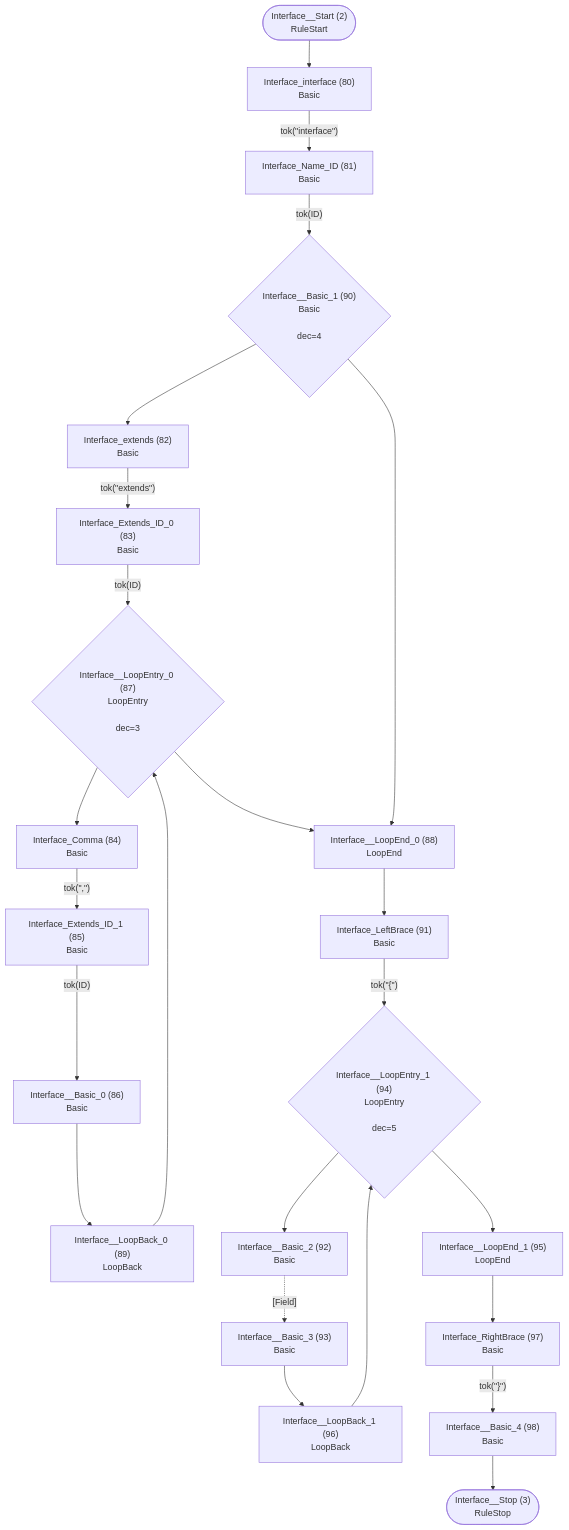
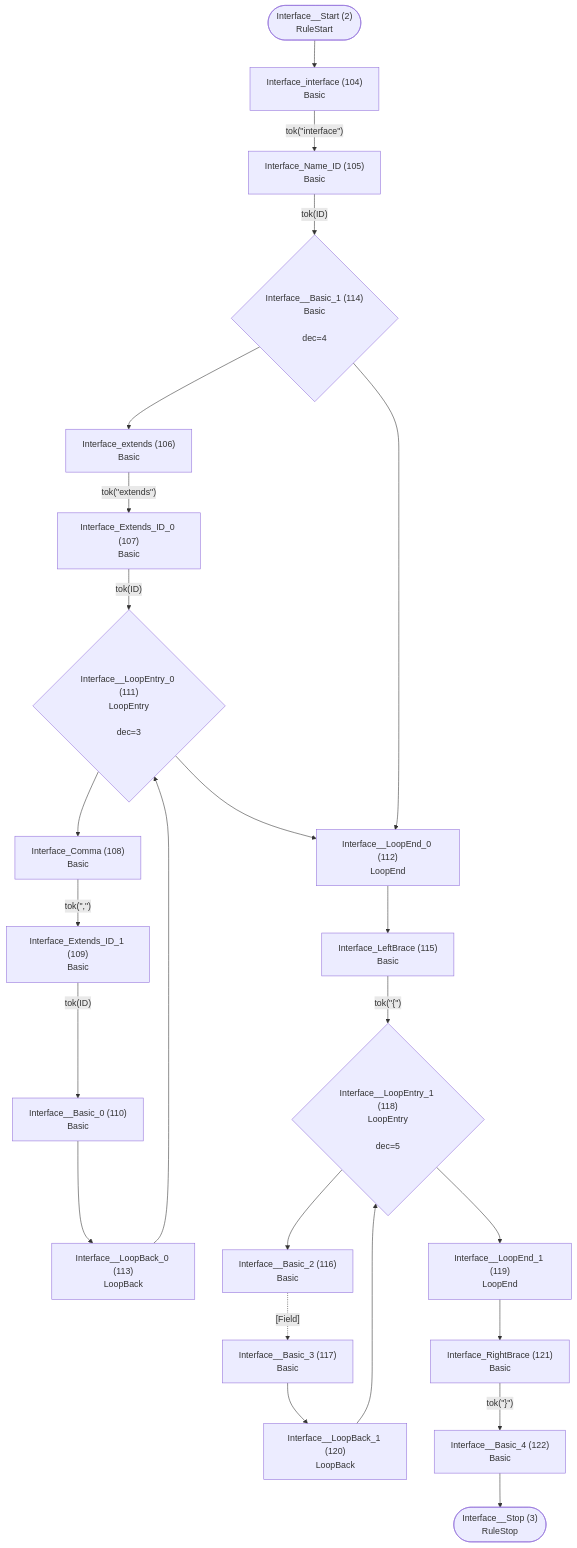
The second of 40 diagrams in internal/grammar/atn.md (TypeFox/fastbelt), drawn with Mermaid before and after one commit. The commit also changed other lines of this file and 84 other files, not shown here.

````diff
--- a/internal/grammar/atn.md
+++ b/internal/grammar/atn.md
@@ -66,48 +71,48 @@
 ```mermaid
 flowchart TD
     q2(["Interface__Start (2)<br/>RuleStart"])
     q3(["Interface__Stop (3)<br/>RuleStop"])
-    q80["Interface_interface (80)<br/>Basic<br/>"]
-    q81["Interface_Name_ID (81)<br/>Basic<br/>"]
-    q82["Interface_extends (82)<br/>Basic<br/>"]
-    q83["Interface_Extends_ID_0 (83)<br/>Basic<br/>"]
-    q84["Interface_Comma (84)<br/>Basic<br/>"]
-    q85["Interface_Extends_ID_1 (85)<br/>Basic<br/>"]
-    q86["Interface__Basic_0 (86)<br/>Basic<br/>"]
-    q87{"Interface__LoopEntry_0 (87)<br/>LoopEntry<br/><br/>dec=3"}
-    q88["Interface__LoopEnd_0 (88)<br/>LoopEnd<br/>"]
-    q89["Interface__LoopBack_0 (89)<br/>LoopBack<br/>"]
-    q90{"Interface__Basic_1 (90)<br/>Basic<br/><br/>dec=4"}
-    q91["Interface_LeftBrace (91)<br/>Basic<br/>"]
-    q92["Interface__Basic_2 (92)<br/>Basic<br/>"]
-    q93["Interface__Basic_3 (93)<br/>Basic<br/>"]
-    q94{"Interface__LoopEntry_1 (94)<br/>LoopEntry<br/><br/>dec=5"}
-    q95["Interface__LoopEnd_1 (95)<br/>LoopEnd<br/>"]
-    q96["Interface__LoopBack_1 (96)<br/>LoopBack<br/>"]
-    q97["Interface_RightBrace (97)<br/>Basic<br/>"]
-    q98["Interface__Basic_4 (98)<br/>Basic<br/>"]
+    q104["Interface_interface (104)<br/>Basic<br/>"]
+    q105["Interface_Name_ID (105)<br/>Basic<br/>"]
+    q106["Interface_extends (106)<br/>Basic<br/>"]
+    q107["Interface_Extends_ID_0 (107)<br/>Basic<br/>"]
+    q108["Interface_Comma (108)<br/>Basic<br/>"]
+    q109["Interface_Extends_ID_1 (109)<br/>Basic<br/>"]
+    q110["Interface__Basic_0 (110)<br/>Basic<br/>"]
+    q111{"Interface__LoopEntry_0 (111)<br/>LoopEntry<br/><br/>dec=3"}
+    q112["Interface__LoopEnd_0 (112)<br/>LoopEnd<br/>"]
+    q113["Interface__LoopBack_0 (113)<br/>LoopBack<br/>"]
+    q114{"Interface__Basic_1 (114)<br/>Basic<br/><br/>dec=4"}
+    q115["Interface_LeftBrace (115)<br/>Basic<br/>"]
+    q116["Interface__Basic_2 (116)<br/>Basic<br/>"]
+    q117["Interface__Basic_3 (117)<br/>Basic<br/>"]
+    q118{"Interface__LoopEntry_1 (118)<br/>LoopEntry<br/><br/>dec=5"}
+    q119["Interface__LoopEnd_1 (119)<br/>LoopEnd<br/>"]
+    q120["Interface__LoopBack_1 (120)<br/>LoopBack<br/>"]
+    q121["Interface_RightBrace (121)<br/>Basic<br/>"]
+    q122["Interface__Basic_4 (122)<br/>Basic<br/>"]
 
-    q2 --> q80
-    q80 -->|"tok(&quot;interface&quot;)"| q81
-    q81 -->|"tok(ID)"| q90
-    q82 -->|"tok(&quot;extends&quot;)"| q83
-    q83 -->|"tok(ID)"| q87
-    q84 -->|"tok(&quot;,&quot;)"| q85
-    q85 -->|"tok(ID)"| q86
-    q86 --> q89
-    q87 --> q84
-    q87 --> q88
-    q88 --> q91
-    q89 --> q87
-    q90 --> q82
-    q90 --> q88
-    q91 -->|"tok(&quot;{&quot;)"| q94
-    q92 -.->|"[Field]"| q93
-    q93 --> q96
-    q94 --> q92
-    q94 --> q95
-    q95 --> q97
-    q96 --> q94
-    q97 -->|"tok(&quot;}&quot;)"| q98
-    q98 --> q3
+    q2 --> q104
+    q104 -->|"tok(&quot;interface&quot;)"| q105
+    q105 -->|"tok(ID)"| q114
+    q106 -->|"tok(&quot;extends&quot;)"| q107
+    q107 -->|"tok(ID)"| q111
+    q108 -->|"tok(&quot;,&quot;)"| q109
+    q109 -->|"tok(ID)"| q110
+    q110 --> q113
+    q111 --> q108
+    q111 --> q112
+    q112 --> q115
+    q113 --> q111
+    q114 --> q106
+    q114 --> q112
+    q115 -->|"tok(&quot;{&quot;)"| q118
+    q116 -.->|"[Field]"| q117
+    q117 --> q120
+    q118 --> q116
+    q118 --> q119
+    q119 --> q121
+    q120 --> q118
+    q121 -->|"tok(&quot;}&quot;)"| q122
+    q122 --> q3
 ```
````
